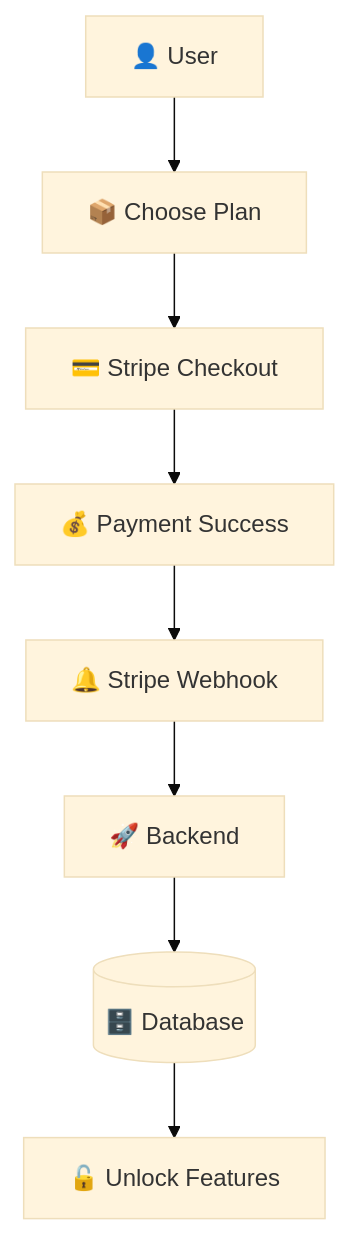
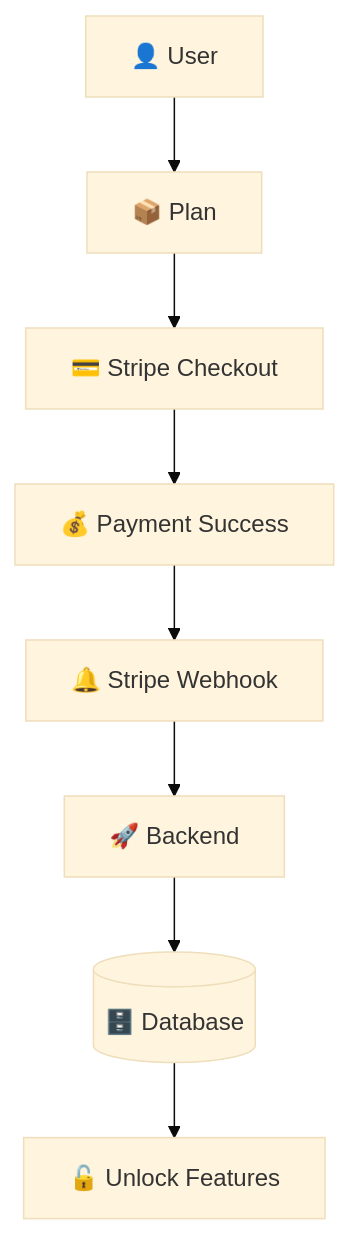
One commit to miangelisse-ux/kairoslive changed the fourth of 4 diagrams in architecture.md. Above: the diagram before and after it, drawn with Mermaid (base theme). The commit also changed other lines of this file, not shown here.

````diff
--- a/architecture.md
+++ b/architecture.md
@@ -199,20 +200,20 @@
 ```mermaid
 flowchart TD
 
 User[👤 User]
-Plan[📦 Choose Plan]
+Plan[📦 Plan]
 Checkout[💳 Stripe Checkout]
 Payment[💰 Payment Success]
 Webhook[🔔 Stripe Webhook]
 API[🚀 Backend]
 DB[(🗄️ Database)]
 Access[🔓 Unlock Features]
 
 User --> Plan
 Plan --> Checkout
 Checkout --> Payment
 Payment --> Webhook
 Webhook --> API
 API --> DB
 DB --> Access
 ```
````
